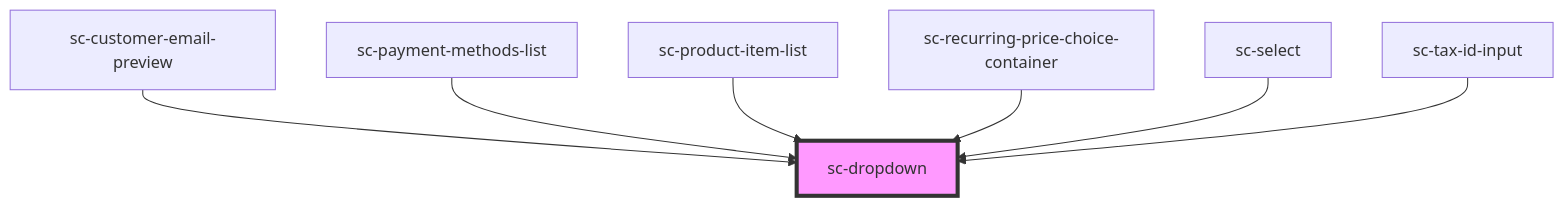
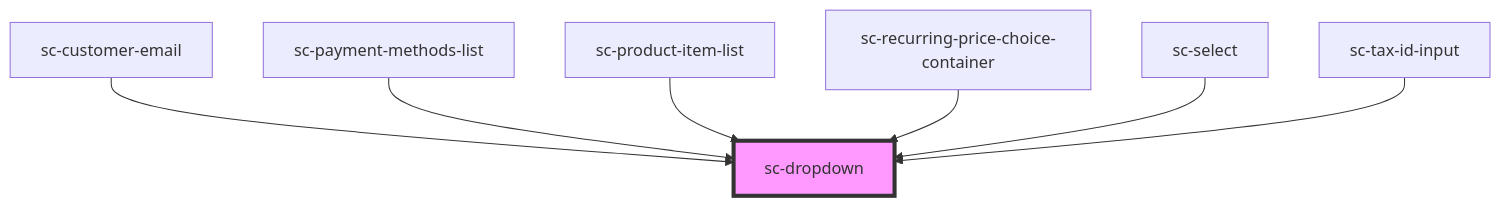
One commit to surecart/surecart-wp-plugin changed the diagram in packages/components/src/components/ui/dropdown/readme.md. Above: the diagram before and after it, drawn with Mermaid. The commit also changed other lines of this file and 17 other files, not shown here.

````diff
--- a/packages/components/src/components/ui/dropdown/readme.md
+++ b/packages/components/src/components/ui/dropdown/readme.md
@@ -50,10 +50,10 @@
 ```mermaid
 graph TD;
-  sc-customer-email-preview --> sc-dropdown
+  sc-customer-email --> sc-dropdown
   sc-payment-methods-list --> sc-dropdown
   sc-product-item-list --> sc-dropdown
   sc-recurring-price-choice-container --> sc-dropdown
   sc-select --> sc-dropdown
   sc-tax-id-input --> sc-dropdown
   style sc-dropdown fill:#f9f,stroke:#333,stroke-width:4px
 ```
````
